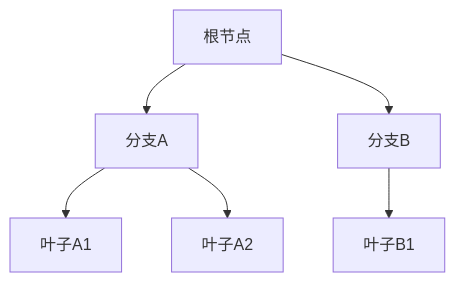
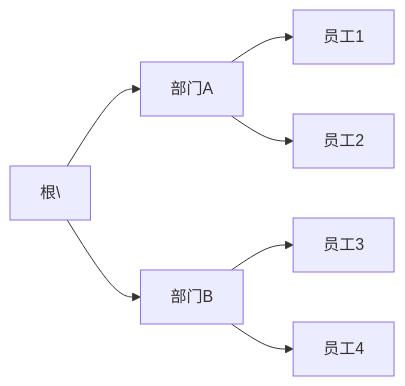
Before and after one commit to wanghao0409/ComputerNote: the diagram in Linux.md, drawn with Mermaid.

Commit message:
vault backup: 2026-02-24 09:07:27

````diff
--- a/Linux.md
+++ b/Linux.md
@@ -10,9 +10,10 @@
 ```mermaid
-graph TD
-    A[根节点] --> B[分支A]
-    A --> C[分支B]
-    B --> D[叶子A1]
-    B --> E[叶子A2]
-    C --> F[叶子B1]
+graph LR
+    Root[根\] --> A[部门A]
+    Root --> B[部门B]
+    A --> A1[员工1]
+    A --> A2[员工2]
+    B --> B1[员工3]
+    B --> B2[员工4]
 
 ```
````
